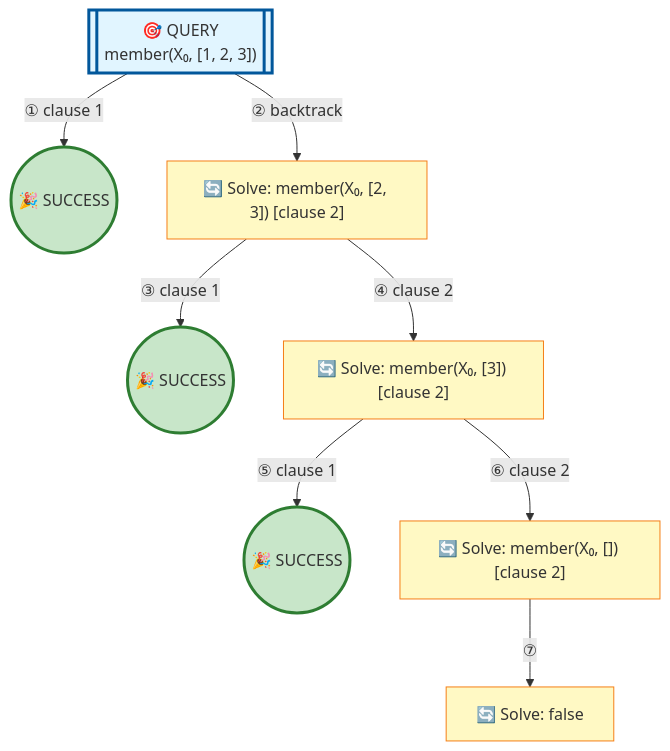
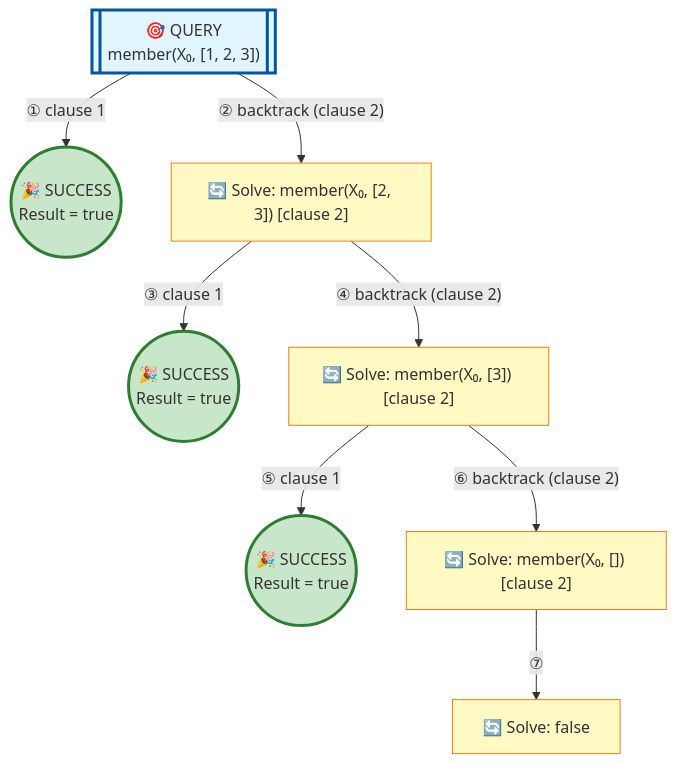
The diagram in examples/member-output.md (jarecsni/prolog-trace-viz), drawn with Mermaid before and after one commit. The commit also changed 4 other files, not shown here.

````diff
--- a/examples/member-output.md
+++ b/examples/member-output.md
@@ -11,32 +16,32 @@
 ```mermaid
 graph TD
 
 %% Nodes
 A[["🎯 QUERY<br/>member(X₀, [1, 2, 3])"]]
-B(("🎉 SUCCESS"))
+B(("🎉 SUCCESS<br/>Result = true"))
 C["🔄 Solve: member(X₀, [2, 3]) [clause 2]"]
-D(("🎉 SUCCESS"))
+D(("🎉 SUCCESS<br/>Result = true"))
 E["🔄 Solve: member(X₀, [3]) [clause 2]"]
-F(("🎉 SUCCESS"))
+F(("🎉 SUCCESS<br/>Result = true"))
 G["🔄 Solve: member(X₀, []) [clause 2]"]
 H["🔄 Solve: false"]
 
 %% Edges
 A -->|"① clause 1"| B
-A -->|"② backtrack"| C
+A -->|"② backtrack (clause 2)"| C
 C -->|"③ clause 1"| D
-C -->|"④ clause 2"| E
+C -->|"④ backtrack (clause 2)"| E
 E -->|"⑤ clause 1"| F
-E -->|"⑥ clause 2"| G
+E -->|"⑥ backtrack (clause 2)"| G
 G -->|"⑦"| H
 
 %% Styles
 style A fill:#e1f5ff,stroke:#01579b,stroke-width:3px
 style B fill:#c8e6c9,stroke:#2e7d32,stroke-width:3px
 style C fill:#fff9c4,stroke:#f57f17
 style D fill:#c8e6c9,stroke:#2e7d32,stroke-width:3px
 style E fill:#fff9c4,stroke:#f57f17
 style F fill:#c8e6c9,stroke:#2e7d32,stroke-width:3px
 style G fill:#fff9c4,stroke:#f57f17
 style H fill:#fff9c4,stroke:#f57f17
 ```
````
